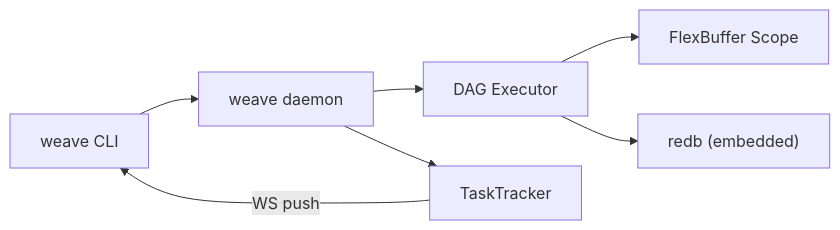
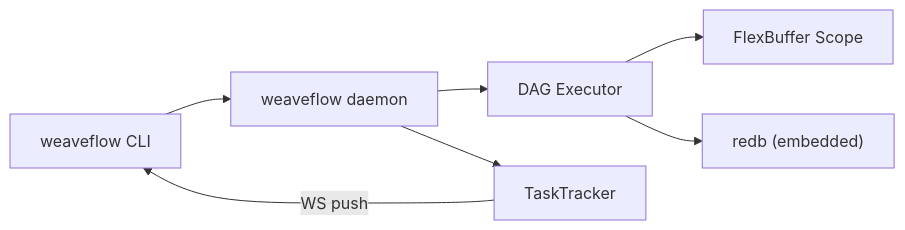
One commit to RuofengX/weaveflow changed the first of 2 diagrams in README.md. Above: the diagram before and after it, drawn with Mermaid. The commit also changed other lines of this file and 44 other files, not shown here.

First line of the commit message:
refactor: crate 更名 weave → weaveflow(用户发起,全仓机械替换)

````diff
--- a/README.md
+++ b/README.md
@@ -5,9 +5,9 @@
 ```mermaid
 graph LR
-    CLI["weave CLI"] --> Daemon["weave daemon"]
+    CLI["weaveflow CLI"] --> Daemon["weaveflow daemon"]
     Daemon --> Executor["DAG Executor"]
     Daemon --> Tracker["TaskTracker"]
     Executor --> Scope["FlexBuffer Scope"]
     Executor --> redb["redb (embedded)"]
     Tracker -->|"WS push"| CLI
 ```
````
